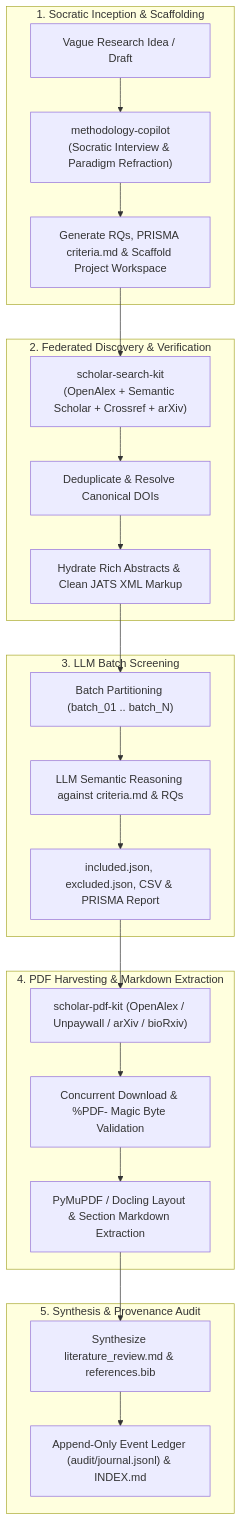
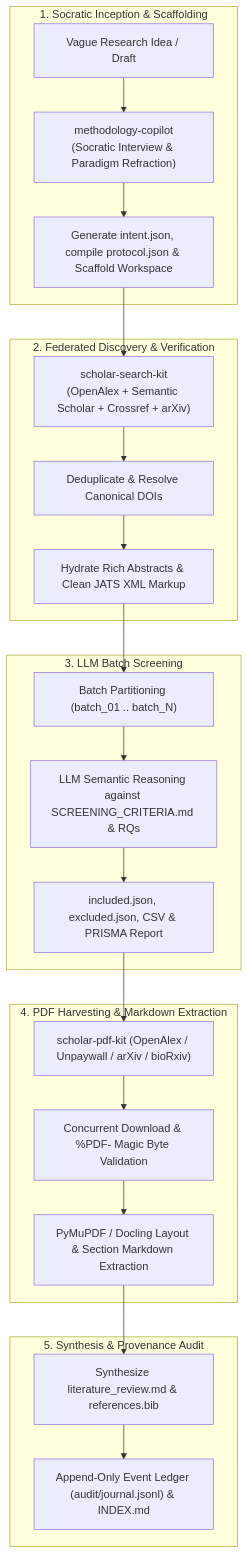
One commit to nexus-scholar-org/nexus-scholar-harness changed the diagram in README.md. Above: the diagram before and after it, drawn with Mermaid. The commit also changed other lines of this file and 21 other files, not shown here.

````diff
--- a/README.md
+++ b/README.md
@@ -10,30 +10,30 @@
 ```mermaid
 flowchart TD
     subgraph Inception [1. Socratic Inception & Scaffolding]
         A["Vague Research Idea / Draft"] --> B["methodology-copilot\n(Socratic Interview & Paradigm Refraction)"]
-        B --> C["Generate RQs, PRISMA criteria.md & Scaffold Project Workspace"]
+        B --> C["Generate intent.json, compile protocol.json & Scaffold Workspace"]
     end
 
     subgraph Discovery [2. Federated Discovery & Verification]
         C --> D["scholar-search-kit\n(OpenAlex + Semantic Scholar + Crossref + arXiv)"]
         D --> E["Deduplicate & Resolve Canonical DOIs"]
         E --> F["Hydrate Rich Abstracts & Clean JATS XML Markup"]
     end
 
     subgraph Screening [3. LLM Batch Screening]
         F --> G["Batch Partitioning (batch_01 .. batch_N)"]
-        G --> H["LLM Semantic Reasoning against criteria.md & RQs"]
+        G --> H["LLM Semantic Reasoning against SCREENING_CRITERIA.md & RQs"]
         H --> I["included.json, excluded.json, CSV & PRISMA Report"]
     end
 
     subgraph Extraction [4. PDF Harvesting & Markdown Extraction]
         I --> J["scholar-pdf-kit (OpenAlex / Unpaywall / arXiv / bioRxiv)"]
         J --> K["Concurrent Download & %PDF- Magic Byte Validation"]
         K --> L["PyMuPDF / Docling Layout & Section Markdown Extraction"]
     end
 
     subgraph Synthesis [5. Synthesis & Provenance Audit]
         L --> M["Synthesize literature_review.md & references.bib"]
         M --> N["Append-Only Event Ledger (audit/journal.jsonl) & INDEX.md"]
     end
 ```
````
